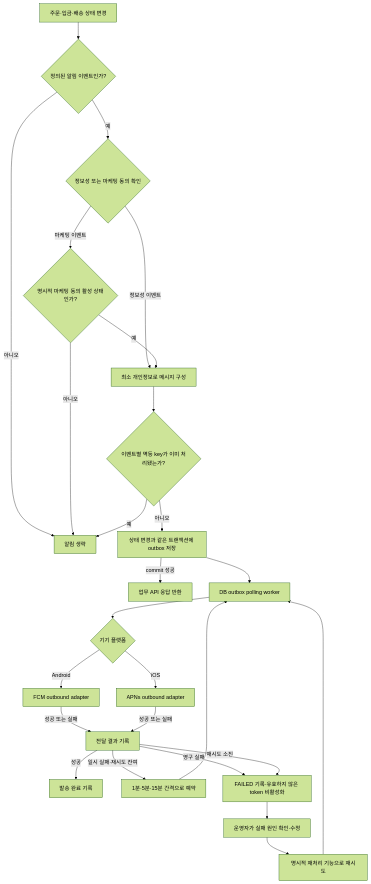
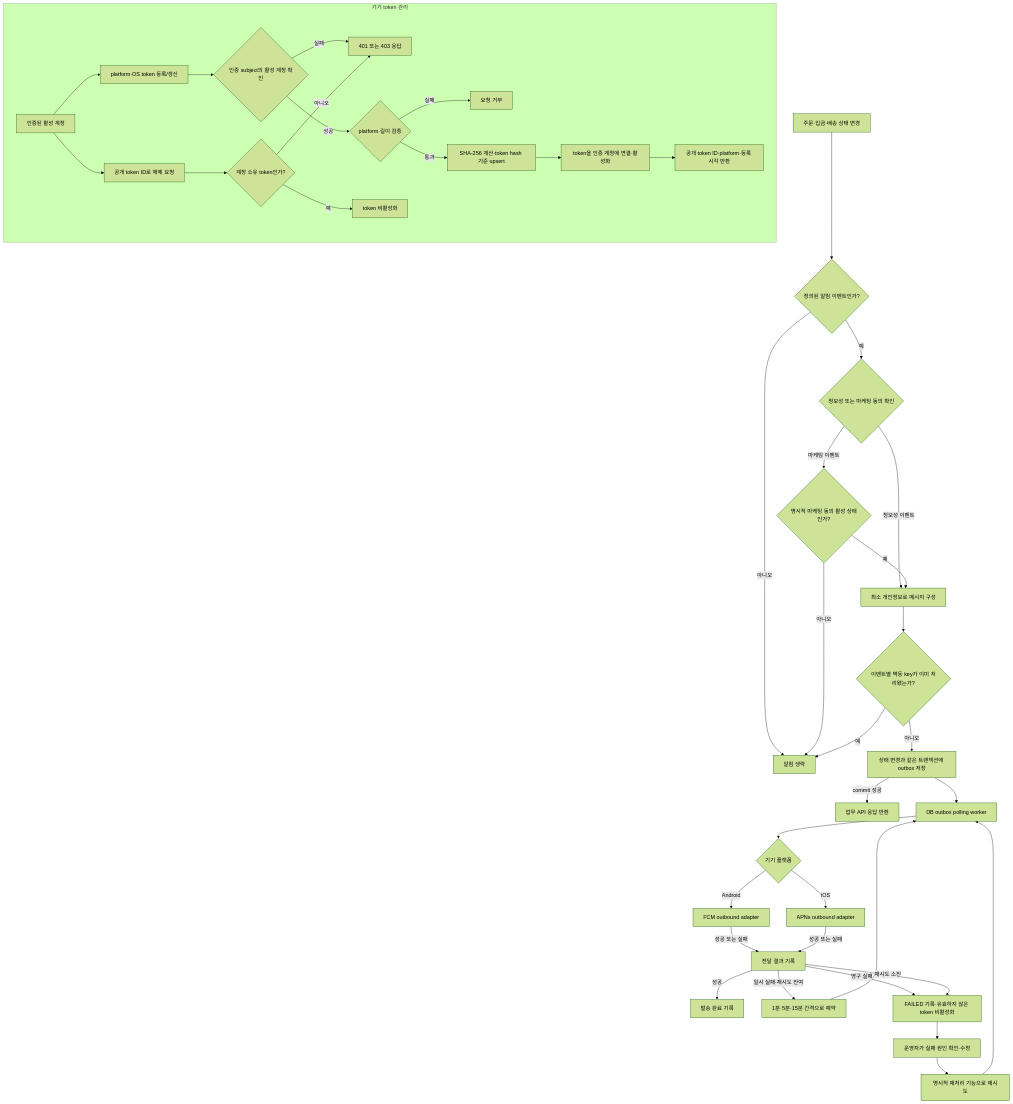
The diagram in docs/services/notification.md (DongHyeonEom/umji-market-api), drawn with Mermaid (forest theme) before and after one commit. The commit also changed other lines of this file and 14 other files, not shown here.

````diff
--- a/docs/services/notification.md
+++ b/docs/services/notification.md
@@ -50,28 +56,43 @@
 ```mermaid
 flowchart TD
+    subgraph TOKEN[기기 token 관리]
+        ClientToken["인증된 활성 계정"] --> TokenRequest["platform·OS token 등록/갱신"]
+        TokenRequest --> TokenAuth{"인증 subject의 활성 계정 확인"}
+        TokenAuth -->|실패| TokenDeny["401 또는 403 응답"]
+        TokenAuth -->|성공| TokenValidate{"platform·길이 검증"}
+        TokenValidate -->|실패| TokenInvalid["요청 거부"]
+        TokenValidate -->|통과| TokenHash["SHA-256 계산·token hash 기준 upsert"]
+        TokenHash --> TokenOwner["token을 인증 계정에 연결·활성화"]
+        TokenOwner --> TokenResult["공개 token ID·platform·등록 시각 반환"]
+        ClientToken --> TokenDelete["공개 token ID로 해제 요청"]
+        TokenDelete --> TokenOwnerCheck{"계정 소유 token인가?"}
+        TokenOwnerCheck -->|아니오| TokenDeny
+        TokenOwnerCheck -->|예| TokenInactive["token 비활성화"]
+    end
+
     Event["주문·입금·배송 상태 변경"] --> Eligible{"정의된 알림 이벤트인가?"}
     Eligible -->|아니오| Ignore["알림 생략"]
     Eligible -->|예| Consent{"정보성 또는 마케팅 동의 확인"}
     Consent -->|정보성 이벤트| Build["최소 개인정보로 메시지 구성"]
     Consent -->|마케팅 이벤트| Marketing{"명시적 마케팅 동의 활성 상태인가?"}
     Marketing -->|아니오| Ignore
     Marketing -->|예| Build
     Build --> Idempotency{"이벤트별 멱등 key가 이미 처리됐는가?"}
     Idempotency -->|예| Ignore
     Idempotency -->|아니오| Queue["상태 변경과 같은 트랜잭션에 outbox 저장"]
     Queue -->|commit 성공| Response["업무 API 응답 반환"]
     Queue --> Worker["DB outbox polling worker"]
     Worker --> Provider{"기기 플랫폼"}
     Provider -->|Android| FCM["FCM outbound adapter"]
     Provider -->|iOS| APNS["APNs outbound adapter"]
     FCM -->|성공 또는 실패| Result["전달 결과 기록"]
     APNS -->|성공 또는 실패| Result
     Result -->|성공| Sent["발송 완료 기록"]
     Result -->|일시 실패·재시도 잔여| Retry["1분·5분·15분 간격으로 예약"]
     Retry --> Worker
     Result -->|영구 실패| Failed["FAILED 기록·유효하지 않은 token 비활성화"]
     Result -->|재시도 소진| Failed
     Failed --> Inspect["운영자가 실패 원인 확인·수정"]
     Inspect --> Replay["명시적 재처리 기능으로 재시도"]
     Replay --> Worker
 ```
````
